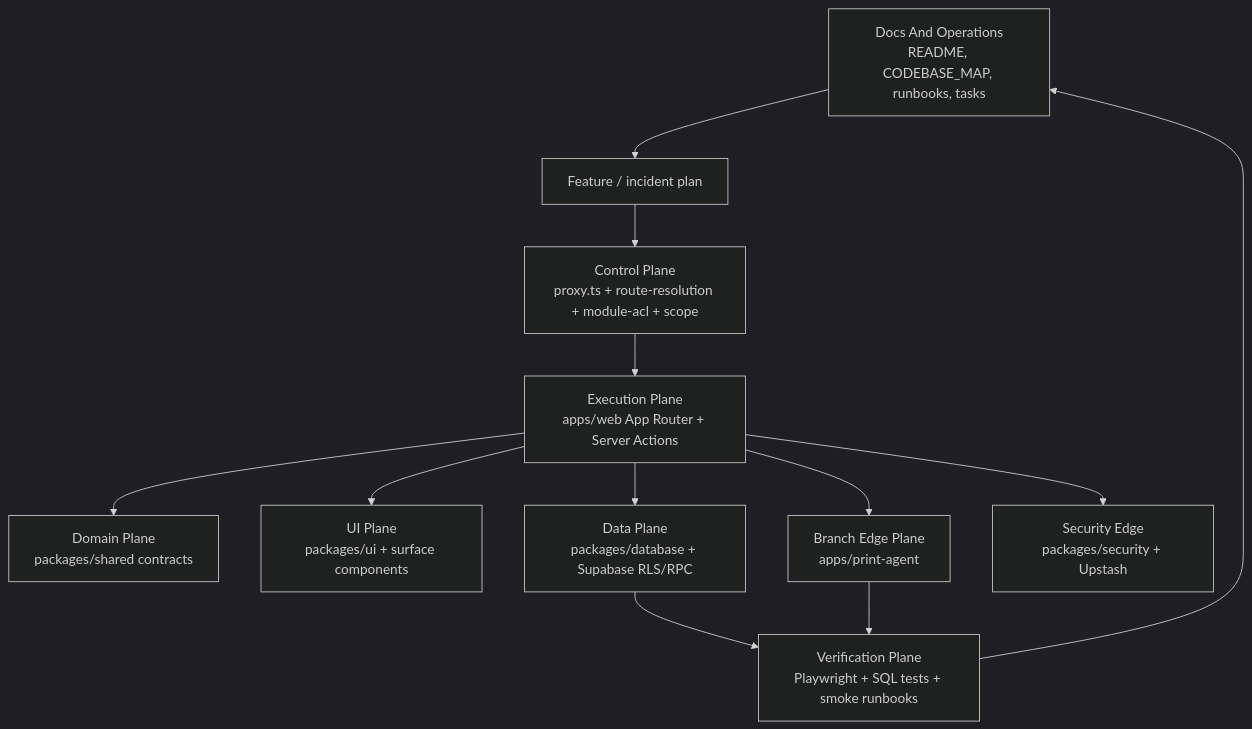
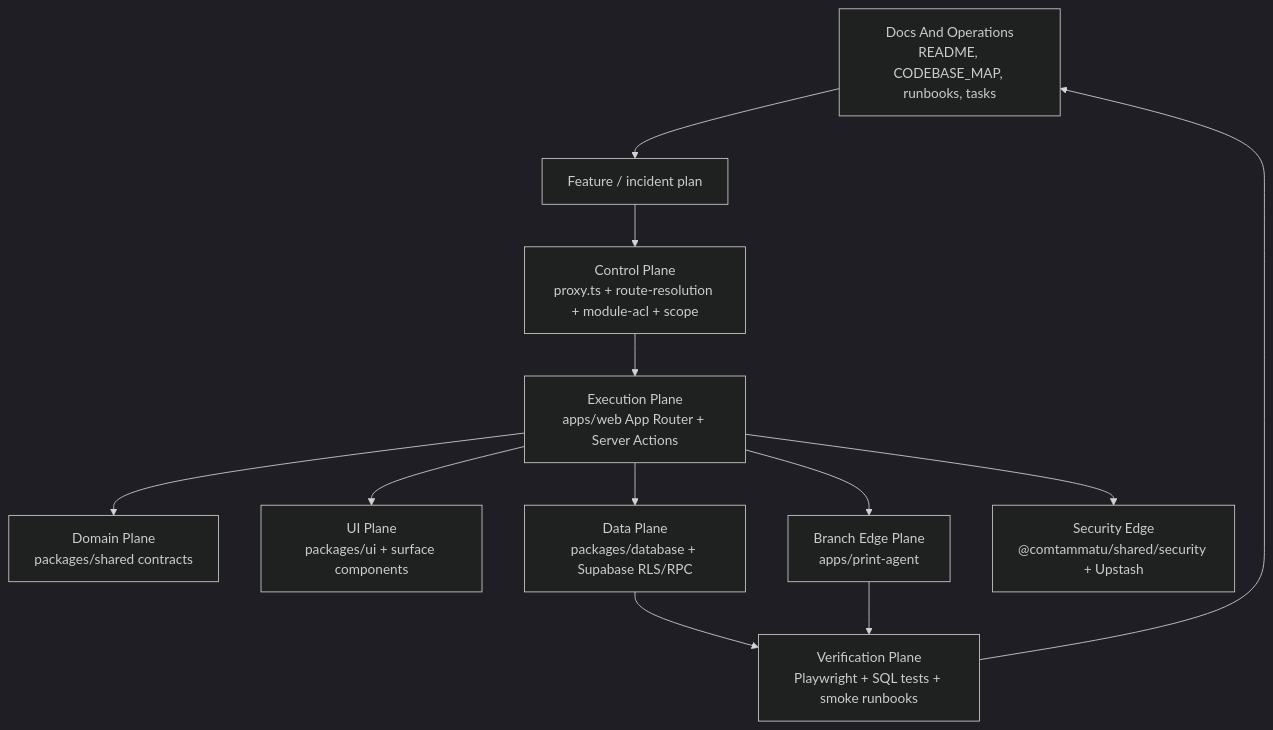
The first of 6 diagrams in docs/CODEBASE_MAP.md (comtammatu/comtammatu), drawn with Mermaid (dark theme) before and after one commit. The commit also changed other lines of this file and 32 other files, not shown here.

````diff
--- a/docs/CODEBASE_MAP.md
+++ b/docs/CODEBASE_MAP.md
@@ -78,14 +78,14 @@
 ```mermaid
 flowchart TB
     ops["Docs And Operations<br/>README, CODEBASE_MAP, runbooks, tasks"] --> plan["Feature / incident plan"]
     plan --> control["Control Plane<br/>proxy.ts + route-resolution + module-acl + scope"]
     control --> web["Execution Plane<br/>apps/web App Router + Server Actions"]
     web --> domain["Domain Plane<br/>packages/shared contracts"]
     web --> ui["UI Plane<br/>packages/ui + surface components"]
     web --> data["Data Plane<br/>packages/database + Supabase RLS/RPC"]
     web --> print["Branch Edge Plane<br/>apps/print-agent"]
-    web --> rate["Security Edge<br/>packages/security + Upstash"]
+    web --> rate["Security Edge<br/>@comtammatu/shared/security + Upstash"]
     data --> verify["Verification Plane<br/>Playwright + SQL tests + smoke runbooks"]
     print --> verify
     verify --> ops
 ```
````
